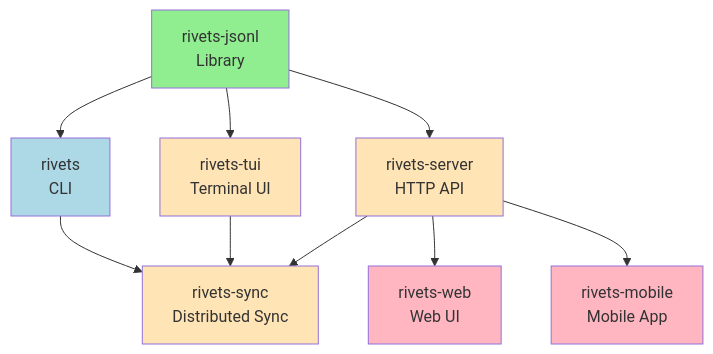
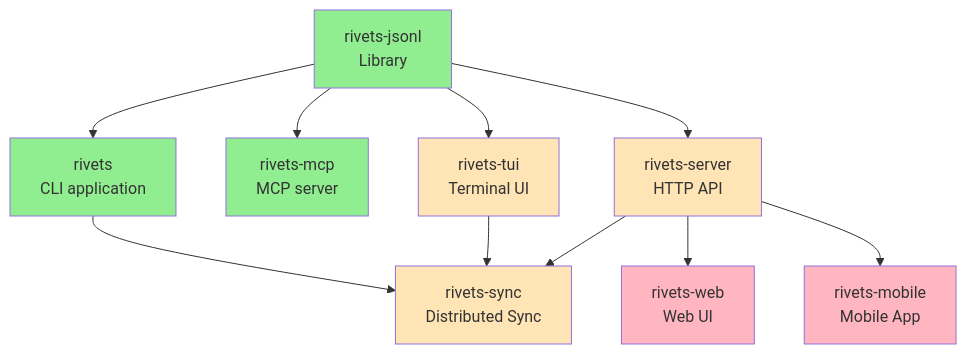
The seventh of 7 diagrams in docs/architecture.md (dwalleck/rivets), drawn with Mermaid before and after one commit. The commit also changed other lines of this file and 4 other files, not shown here.

````diff
--- a/docs/architecture.md
+++ b/docs/architecture.md
@@ -513,21 +515,23 @@
 ```mermaid
 graph TB
-    JSONL[rivets-jsonl<br/>Library] --> CLI[rivets<br/>CLI]
+    JSONL[rivets-jsonl<br/>Library] --> CLI[rivets<br/>CLI application]
+    JSONL --> MCP[rivets-mcp<br/>MCP server]
     JSONL --> TUI[rivets-tui<br/>Terminal UI]
     JSONL --> Server[rivets-server<br/>HTTP API]
 
     CLI --> Sync[rivets-sync<br/>Distributed Sync]
     TUI --> Sync
     Server --> Sync
 
     Server --> Web[rivets-web<br/>Web UI]
     Server --> Mobile[rivets-mobile<br/>Mobile App]
 
     style JSONL fill:#90EE90
-    style CLI fill:#ADD8E6
+    style CLI fill:#90EE90
+    style MCP fill:#90EE90
     style TUI fill:#FFE4B5
     style Server fill:#FFE4B5
     style Sync fill:#FFE4B5
     style Web fill:#FFB6C1
     style Mobile fill:#FFB6C1
 ```
````
